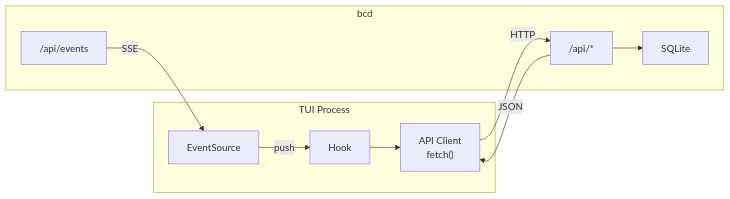
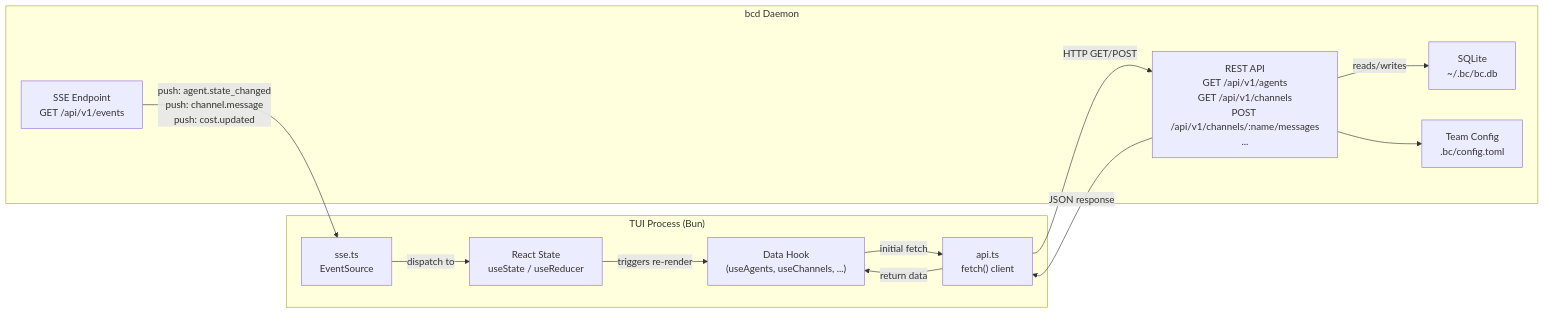
Before and after one commit to gh-curious-otter/bc: the fifth of 7 diagrams in docs/architecture/tui.md, drawn with Mermaid. The commit also changed other lines of this file, not shown here.

Commit message:
docs: rewrite tui.md — TUI is API client, remove legacy framing

````diff
--- a/docs/architecture/tui.md
+++ b/docs/architecture/tui.md
@@ -130,15 +336,28 @@
 ```mermaid
 flowchart LR
-    subgraph TUI["TUI Process"]
-        Hook["Hook"] --> Client["API Client\nfetch()"]
-        SSE["EventSource"] -->|push| Hook
+    subgraph TUI["TUI Process (Bun)"]
+        Hook["Data Hook\n(useAgents, useChannels, ...)"]
+        Client["api.ts\nfetch() client"]
+        SSEClient["sse.ts\nEventSource"]
+        ReactState["React State\nuseState / useReducer"]
     end
 
-    subgraph Daemon["bcd"]
-        API["/api/*"] --> DB["SQLite"]
-        Events["/api/events"] -->|SSE| SSE
+    subgraph Daemon["bcd Daemon"]
+        REST["REST API\nGET /api/v1/agents\nGET /api/v1/channels\nPOST /api/v1/channels/:name/messages\n..."]
+        Events["SSE Endpoint\nGET /api/v1/events"]
+        DB["SQLite\n~/.bc/bc.db"]
+        TeamDB["Team Config\n.bc/config.toml"]
     end
 
-    Client -->|HTTP| API
-    API -->|JSON| Client
+    Hook -->|"initial fetch"| Client
+    Client -->|"HTTP GET/POST"| REST
+    REST -->|"reads/writes"| DB
+    REST -->|"JSON response"| Client
+    Client -->|"return data"| Hook
+
+    Events -->|"push: agent.state_changed\npush: channel.message\npush: cost.updated"| SSEClient
+    SSEClient -->|"dispatch to"| ReactState
+    ReactState -->|"triggers re-render"| Hook
+
+    REST --> TeamDB
 ```
````
